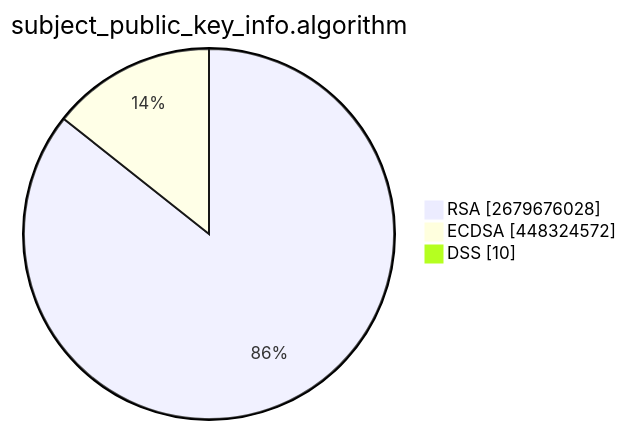
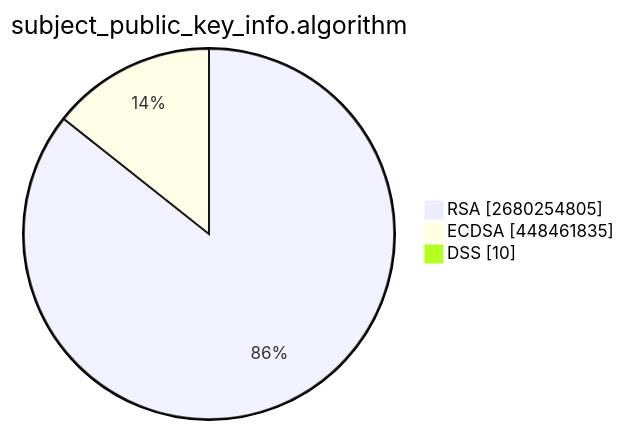
One commit to christiankrug/ctmonitor_visualization changed the second of 15 diagrams in TOTAL/README.md. Above: the diagram before and after it, drawn with Mermaid. The commit also changed other lines of this file, not shown here.

````diff
--- a/TOTAL/README.md
+++ b/TOTAL/README.md
@@ -6,7 +6,7 @@
 ```mermaid
 pie showData
 title subject_public_key_info.algorithm
-"RSA" :2679676028
-"ECDSA" :448324572
+"RSA" :2680254805
+"ECDSA" :448461835
 "DSS" :10
 ```
````
